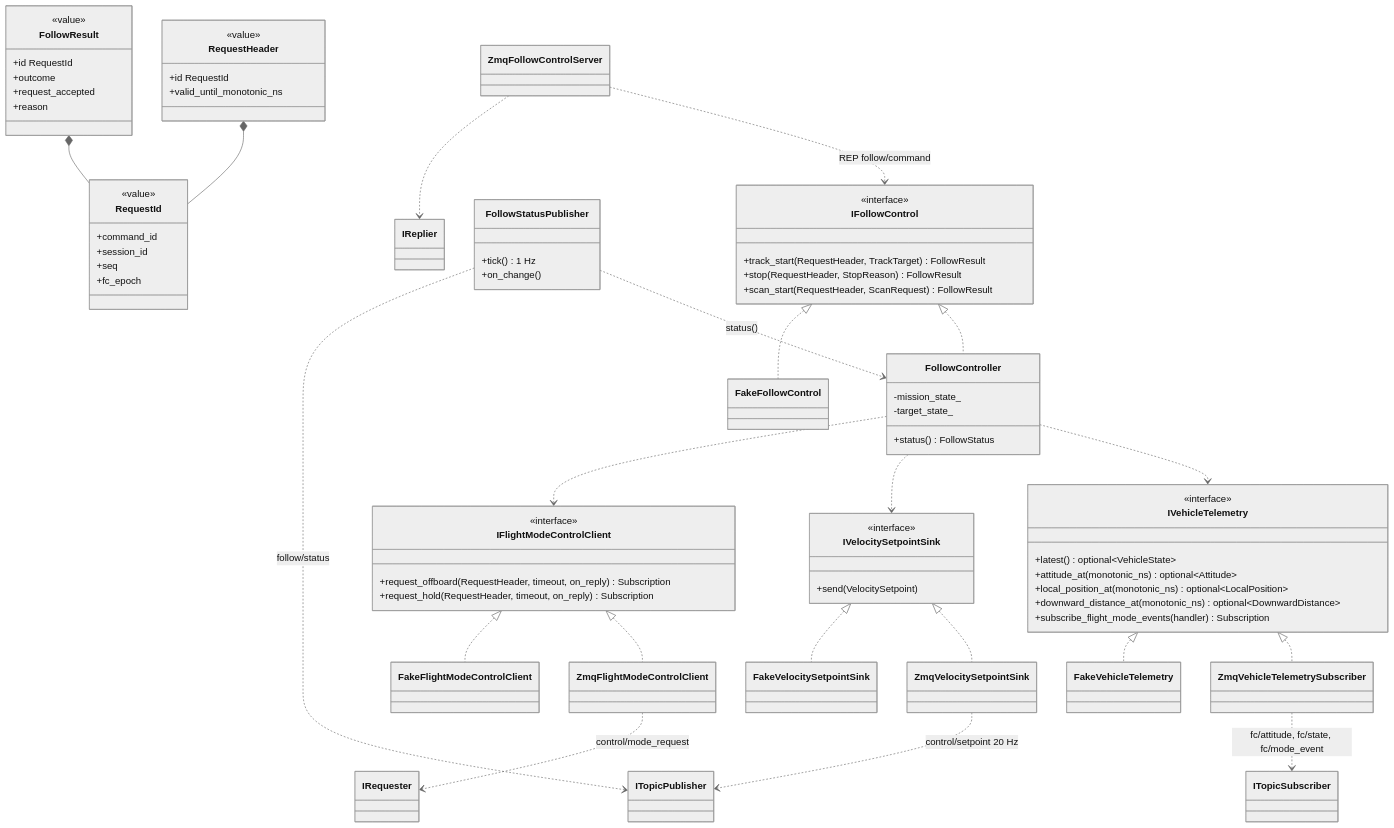
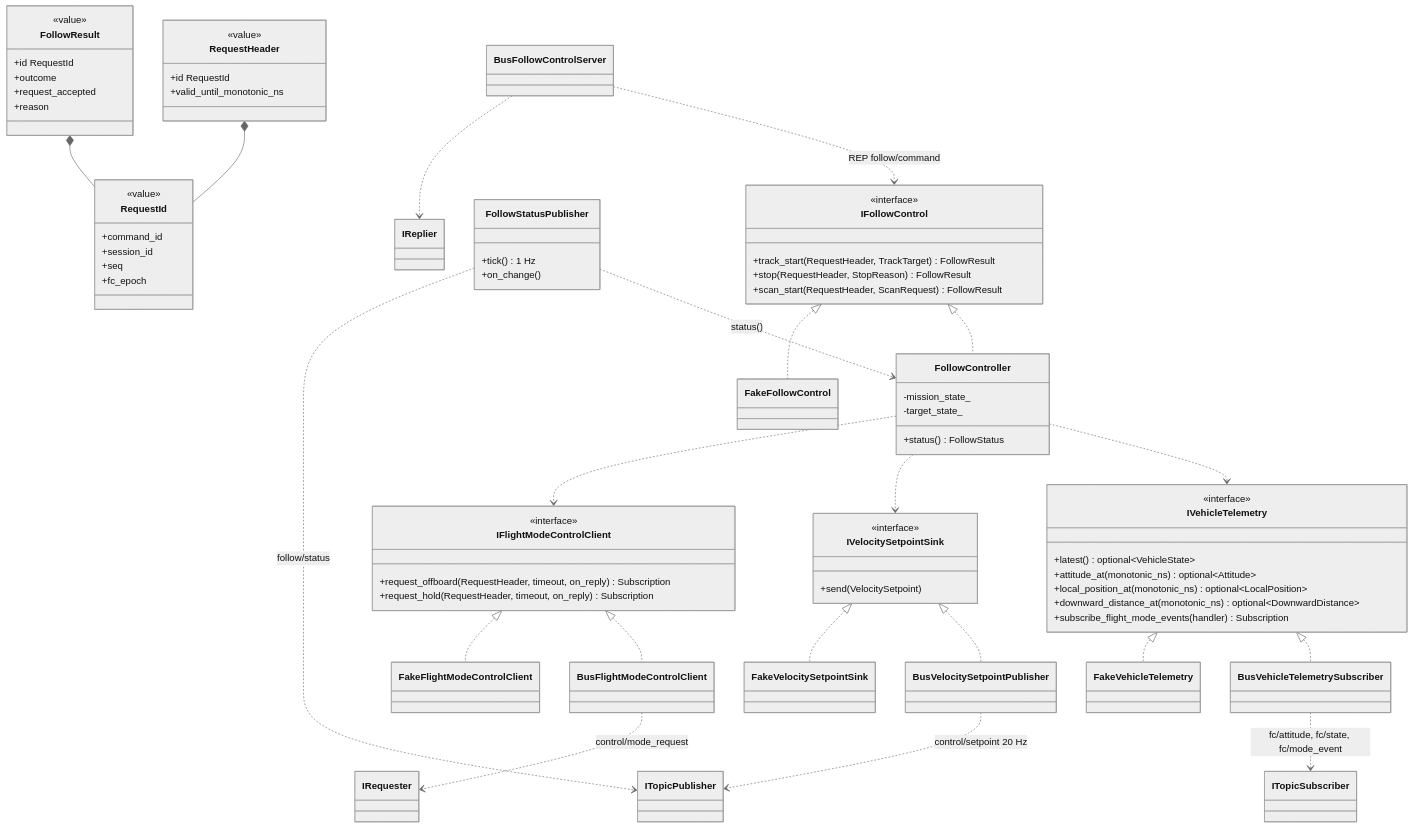
The diagram in docs/design/uml/class_follow.md (lig-argus/argus-edge-vision), drawn with Mermaid (neutral theme) before and after one commit. The commit also changed other lines of this file and 30 other files, not shown here.

First line of the commit message:
feat(onboard): follow/status 의 C++ 값 타입과 bus 구독자 추가 (#133)

````diff
--- a/docs/design/uml/class_follow.md
+++ b/docs/design/uml/class_follow.md
@@ -58,10 +58,10 @@
         -target_state_
         +status() FollowStatus
     }
-    class ZmqVehicleTelemetrySubscriber
-    class ZmqVelocitySetpointSink
-    class ZmqFlightModeControlClient
-    class ZmqFollowControlServer
+    class BusVehicleTelemetrySubscriber
+    class BusVelocitySetpointPublisher
+    class BusFlightModeControlClient
+    class BusFollowControlServer
     class FollowStatusPublisher {
         +tick() 1 Hz
         +on_change()
@@ -71,22 +71,22 @@
     class FakeFlightModeControlClient
     class FakeFollowControl
 
-    IVehicleTelemetry <|.. ZmqVehicleTelemetrySubscriber
+    IVehicleTelemetry <|.. BusVehicleTelemetrySubscriber
     IVehicleTelemetry <|.. FakeVehicleTelemetry
-    IVelocitySetpointSink <|.. ZmqVelocitySetpointSink
+    IVelocitySetpointSink <|.. BusVelocitySetpointPublisher
     IVelocitySetpointSink <|.. FakeVelocitySetpointSink
-    IFlightModeControlClient <|.. ZmqFlightModeControlClient
+    IFlightModeControlClient <|.. BusFlightModeControlClient
     IFlightModeControlClient <|.. FakeFlightModeControlClient
     IFollowControl <|.. FollowController
     IFollowControl <|.. FakeFollowControl
     FollowController ..> IVehicleTelemetry
     FollowController ..> IVelocitySetpointSink
     FollowController ..> IFlightModeControlClient
-    ZmqFollowControlServer ..> IFollowControl : REP follow/command
+    BusFollowControlServer ..> IFollowControl : REP follow/command
     FollowStatusPublisher ..> FollowController : status()
-    ZmqVehicleTelemetrySubscriber ..> ITopicSubscriber : fc/attitude, fc/state, fc/mode_event
-    ZmqVelocitySetpointSink ..> ITopicPublisher : control/setpoint 20 Hz
-    ZmqFlightModeControlClient ..> IRequester : control/mode_request
-    ZmqFollowControlServer ..> IReplier
+    BusVehicleTelemetrySubscriber ..> ITopicSubscriber : fc/attitude, fc/state, fc/mode_event
+    BusVelocitySetpointPublisher ..> ITopicPublisher : control/setpoint 20 Hz
+    BusFlightModeControlClient ..> IRequester : control/mode_request
+    BusFollowControlServer ..> IReplier
     FollowStatusPublisher ..> ITopicPublisher : follow/status
 ```
````
